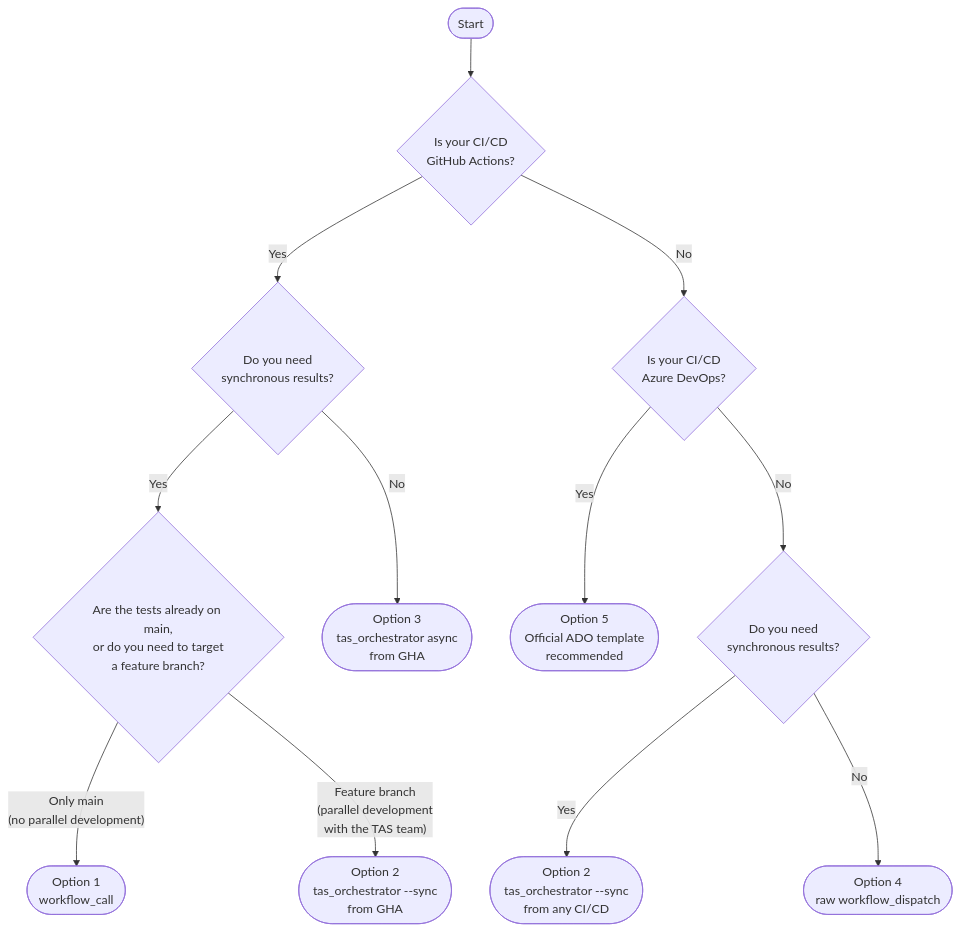
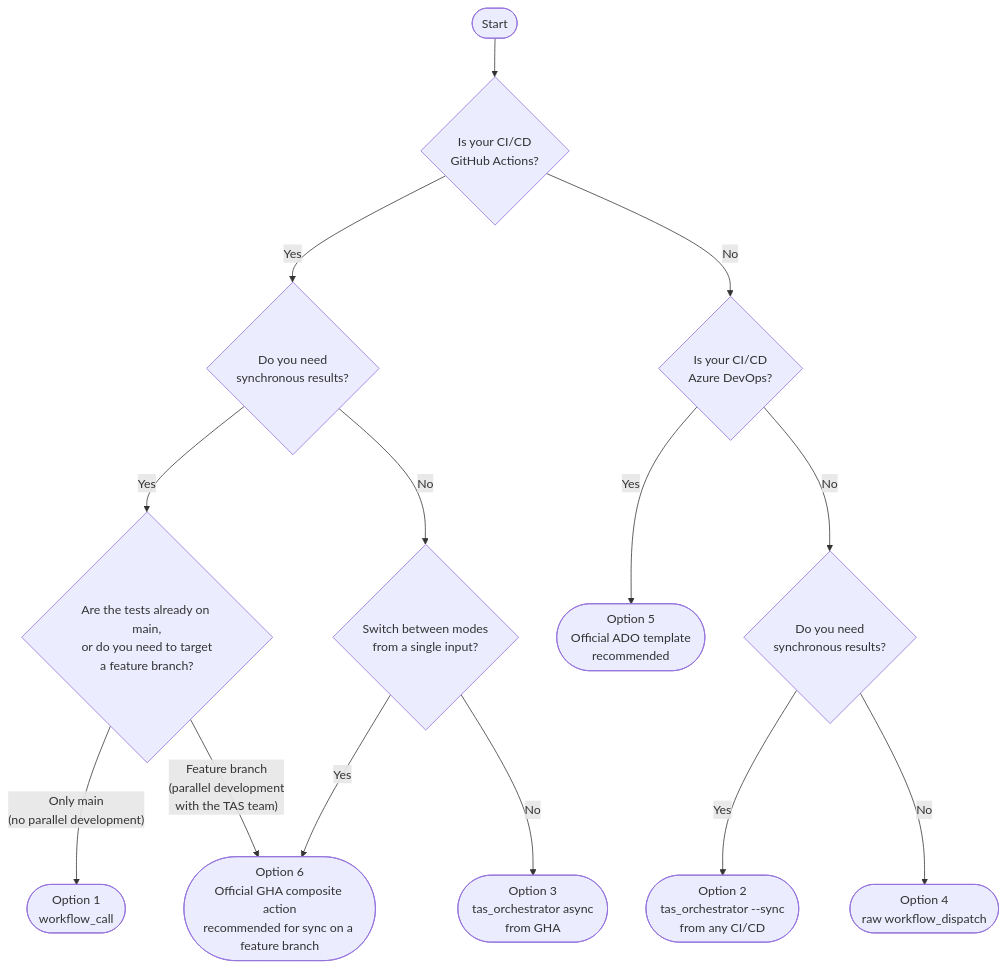
Before and after one commit to pagopa/pagopa-platform-integration-test: the diagram in docs/tas/tas-developer-guide.md, drawn with Mermaid. The commit also changed other lines of this file and 7 other files, not shown here.

Commit message:
[PQ-456] TAS - add GHA template (composite action)

````diff
--- a/docs/tas/tas-developer-guide.md
+++ b/docs/tas/tas-developer-guide.md
@@ -42,19 +42,22 @@
 ```mermaid
 flowchart TD
     A([Start]) --> B{Is your CI/CD\nGitHub Actions?}
 
-    B -- Yes --> C{Do you need\nsynchronous results?}
+    B -- Yes --> GHA{Do you need\nsynchronous results?}
     B -- No --> ADO{Is your CI/CD\nAzure DevOps?}
 
     ADO -- Yes --> G([Option 5\nOfficial ADO template\nrecommended])
     ADO -- No --> G2{Do you need\nsynchronous results?}
 
-    C -- Yes --> D{Are the tests already on main,\nor do you need to target\na feature branch?}
-    C -- No --> E([Option 3\ntas_orchestrator async\nfrom GHA])
+    GHA -- Yes --> D{Are the tests already on main,\nor do you need to target\na feature branch?}
+    GHA -- No --> GHA_ASYNC{Switch between modes\nfrom a single input?}
 
     D -- "Only main\n(no parallel development)" --> F([Option 1\nworkflow_call])
-    D -- "Feature branch\n(parallel development\nwith the TAS team)" --> H([Option 2\ntas_orchestrator --sync\nfrom GHA])
+    D -- "Feature branch\n(parallel development\nwith the TAS team)" --> GHA_TPL([Option 6\nOfficial GHA composite action\nrecommended for sync on a feature branch])
+
+    GHA_ASYNC -- Yes --> GHA_TPL
+    GHA_ASYNC -- No  --> E([Option 3\ntas_orchestrator async\nfrom GHA])
 
     G2 -- Yes --> I([Option 2\ntas_orchestrator --sync\nfrom any CI/CD])
     G2 -- No --> L([Option 4\nraw workflow_dispatch])
 ```
````
